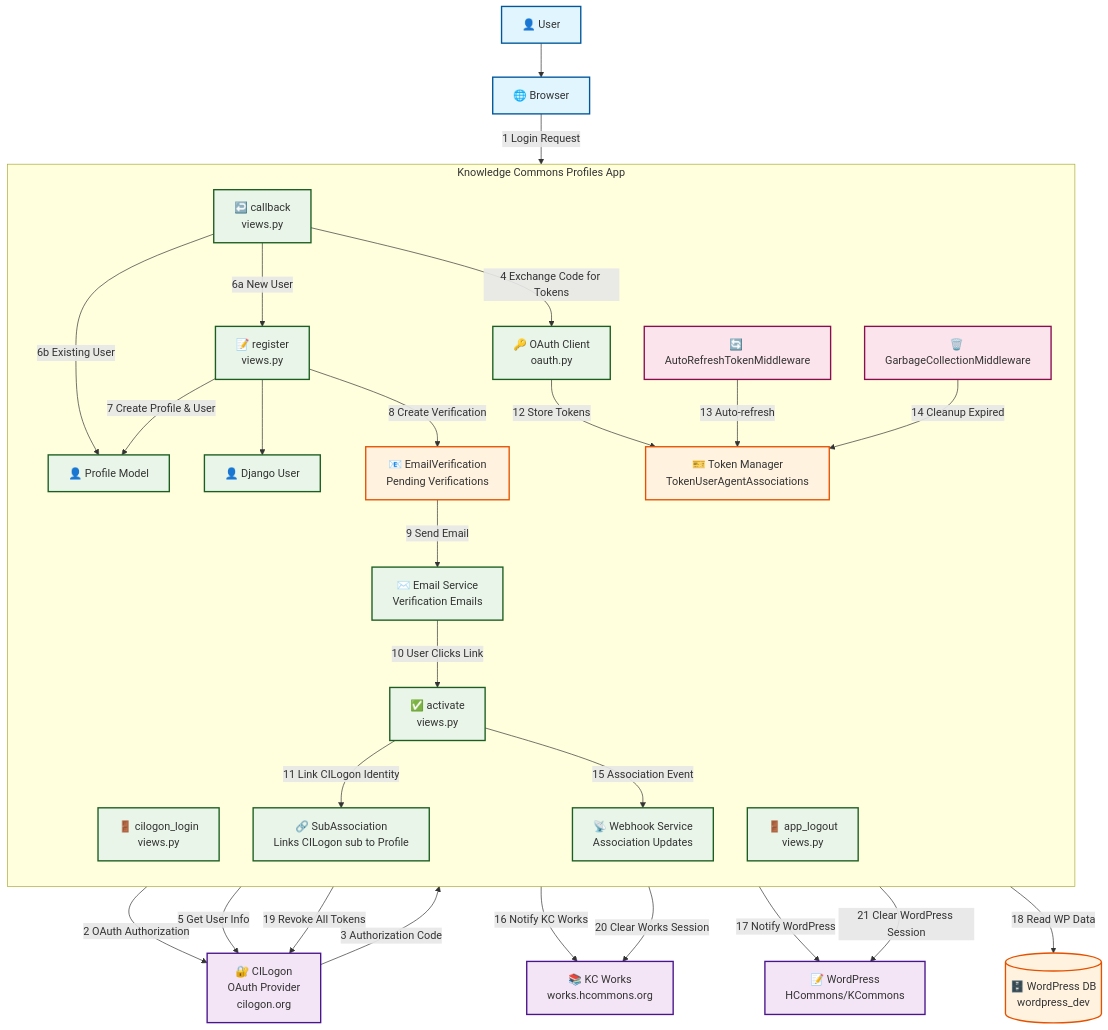
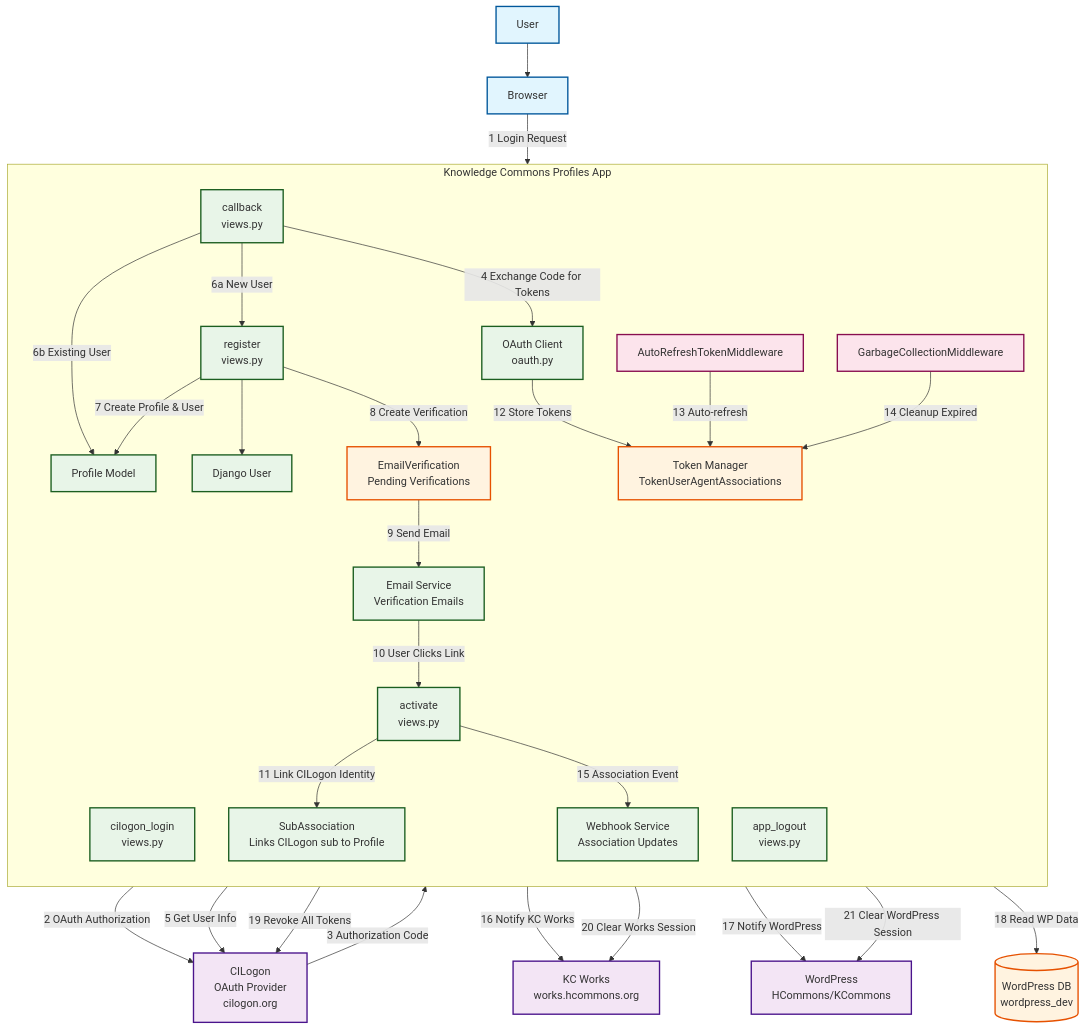
One commit to MESH-Research/knowledge-commons-profiles changed the diagram in docs/cilogon/cilogon_oauth_flow_diagram.md. Above: the diagram before and after it, drawn with Mermaid. The commit also changed other lines of this file, not shown here.

Commit message:
docs: remove emojis from documentation
Remove emoji characters from OAuth flow diagram for a more
professional appearance.

````diff
--- a/docs/cilogon/cilogon_oauth_flow_diagram.md
+++ b/docs/cilogon/cilogon_oauth_flow_diagram.md
@@ -6,53 +6,53 @@
 ```mermaid
 graph TB
     %% User and Browser
-    User[👤 User] --> Browser[🌐 Browser]
-    
+    User[User] --> Browser[Browser]
+
     %% External Services
-    CILogon[🔐 CILogon<br/>OAuth Provider<br/>cilogon.org]
-    Works[📚 KC Works<br/>works.hcommons.org]
-    WordPress[📝 WordPress<br/>HCommons/KCommons]
-    
+    CILogon[CILogon<br/>OAuth Provider<br/>cilogon.org]
+    Works[KC Works<br/>works.hcommons.org]
+    WordPress[WordPress<br/>HCommons/KCommons]
+
     %% Knowledge Commons Profiles App Components
     subgraph "Knowledge Commons Profiles App"
         direction TB
-        
+
         %% Views and Controllers
-        LoginView[🚪 cilogon_login<br/>views.py]
-        CallbackView[↩️ callback<br/>views.py]
-        RegisterView[📝 register<br/>views.py]
-        LogoutView[🚪 app_logout<br/>views.py]
-        
+        LoginView[cilogon_login<br/>views.py]
+        CallbackView[callback<br/>views.py]
+        RegisterView[register<br/>views.py]
+        LogoutView[app_logout<br/>views.py]
+
         %% OAuth Components
-        OAuthClient[🔑 OAuth Client<br/>oauth.py]
-        TokenManager[🎫 Token Manager<br/>TokenUserAgentAssociations]
-        
+        OAuthClient[OAuth Client<br/>oauth.py]
+        TokenManager[Token Manager<br/>TokenUserAgentAssociations]
+
         %% Models and Data
-        Profile[👤 Profile Model]
-        SubAssoc[🔗 SubAssociation<br/>Links CILogon sub to Profile]
-        DjangoUser[👤 Django User]
-        EmailVerify[📧 EmailVerification<br/>Pending Verifications]
+        Profile[Profile Model]
+        SubAssoc[SubAssociation<br/>Links CILogon sub to Profile]
+        DjangoUser[Django User]
+        EmailVerify[EmailVerification<br/>Pending Verifications]
 
         %% Email and External Integrations
-        EmailService[✉️ Email Service<br/>Verification Emails]
-        ActivateView[✅ activate<br/>views.py]
-        Webhook[📡 Webhook Service<br/>Association Updates]
-        
+        EmailService[Email Service<br/>Verification Emails]
+        ActivateView[activate<br/>views.py]
+        Webhook[Webhook Service<br/>Association Updates]
+
         %% Middleware
-        RefreshMiddleware[🔄 AutoRefreshTokenMiddleware]
-        GCMiddleware[🗑️ GarbageCollectionMiddleware]
+        RefreshMiddleware[AutoRefreshTokenMiddleware]
+        GCMiddleware[GarbageCollectionMiddleware]
     end
-    
+
     %% WordPress Database
-    WPDB[(🗄️ WordPress DB<br/>wordpress_dev)]
-    
+    WPDB[(WordPress DB<br/>wordpress_dev)]
+
     %% Flow 1: Initial Login
     Browser -->|1 Login Request| LoginView
     LoginView -->|2 OAuth Authorization| CILogon
     CILogon -->|3 Authorization Code| CallbackView
     CallbackView -->|4 Exchange Code for Tokens| OAuthClient
     OAuthClient -->|5 Get User Info| CILogon
-    
+
     %% Flow 2: User Registration/Association
     CallbackView -->|6a New User| RegisterView
     CallbackView -->|6b Existing User| Profile
@@ -62,7 +62,7 @@
     EmailVerify -->|9 Send Email| EmailService
     EmailService -->|10 User Clicks Link| ActivateView
     ActivateView -->|11 Link CILogon Identity| SubAssoc
-    
+
     %% Flow 3: Token Management
     OAuthClient -->|12 Store Tokens| TokenManager
     RefreshMiddleware -->|13 Auto-refresh| TokenManager
@@ -80,14 +80,14 @@
     LogoutView -->|19 Revoke All Tokens| CILogon
     LogoutView -->|20 Clear Works Session| Works
     LogoutView -->|21 Clear WordPress Session| WordPress
-    
+
     %% Styling
     classDef userStyle fill:#e1f5fe,stroke:#01579b,stroke-width:2px
     classDef externalStyle fill:#f3e5f5,stroke:#4a148c,stroke-width:2px
     classDef appStyle fill:#e8f5e8,stroke:#1b5e20,stroke-width:2px
     classDef dataStyle fill:#fff3e0,stroke:#e65100,stroke-width:2px
     classDef middlewareStyle fill:#fce4ec,stroke:#880e4f,stroke-width:2px
-    
+
     class User,Browser userStyle
     class CILogon,Works,WordPress externalStyle
     class LoginView,CallbackView,RegisterView,LogoutView,ActivateView,OAuthClient,Profile,SubAssoc,DjangoUser,Webhook,EmailService appStyle
````
